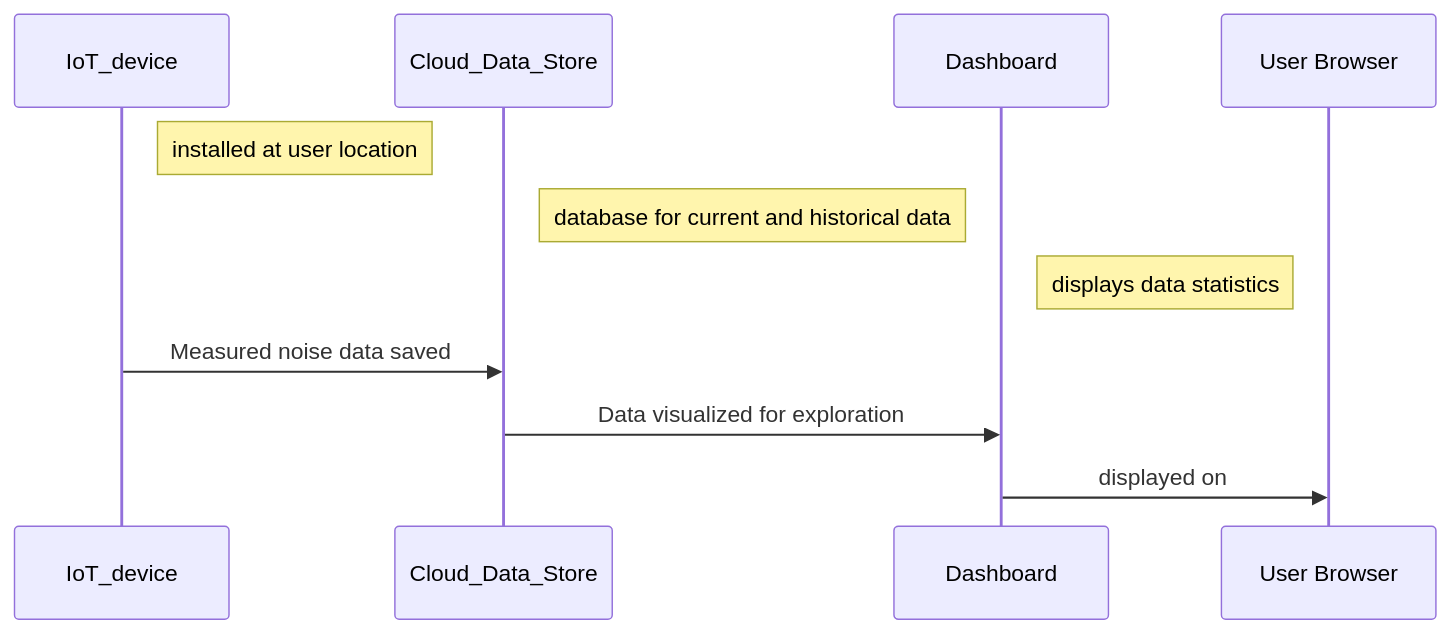
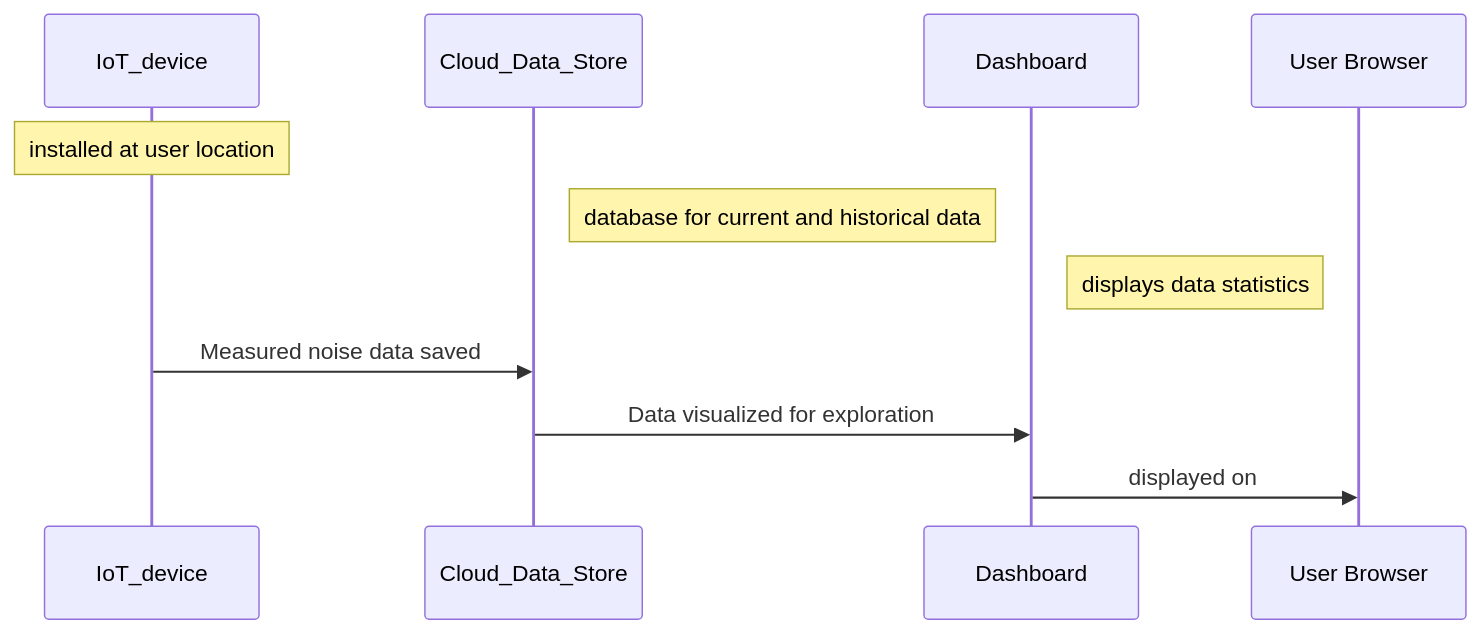
Before and after one commit to CivicTechTO/tRacket-directory-START-HERE: the diagram in README.md, drawn with Mermaid.

````diff
--- a/README.md
+++ b/README.md
@@ -35,9 +35,9 @@
 ```mermaid
 sequenceDiagram
-    Note right of IoT_device: installed at user location
+    Note over IoT_device: installed at user location
     Note right of Cloud_Data_Store : database for current and historical data
     Note right of Dashboard : displays data statistics
     IoT_device ->> Cloud_Data_Store : Measured noise data saved
     Cloud_Data_Store ->> Dashboard : Data visualized for exploration    
     Dashboard ->> User Browser : displayed on 
 ```
````
